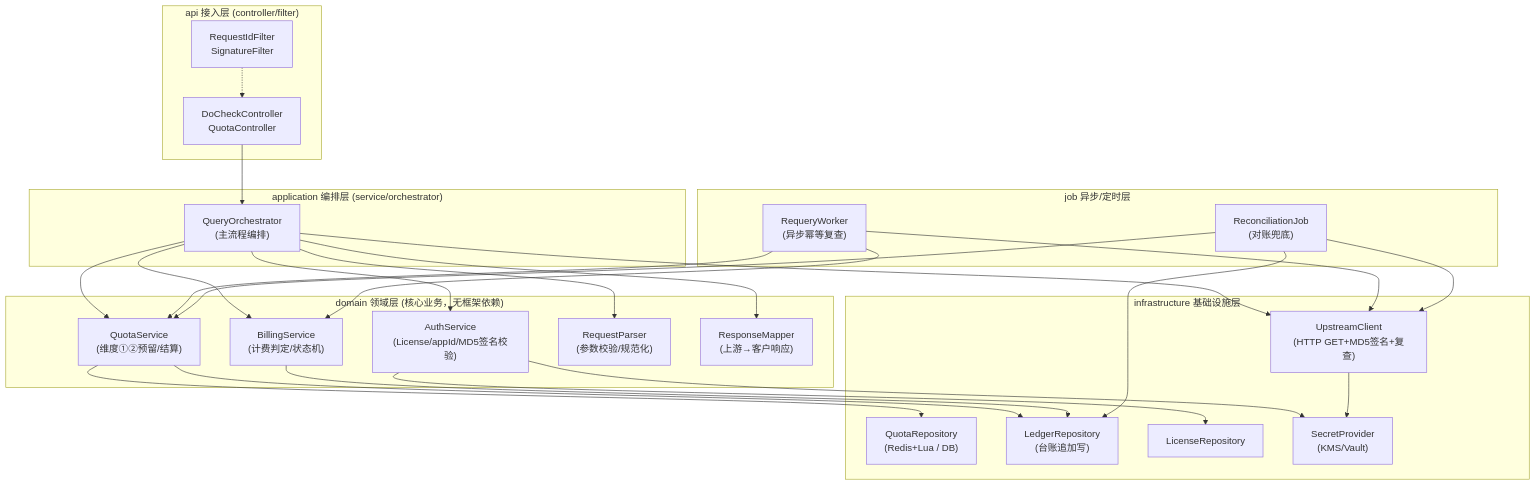
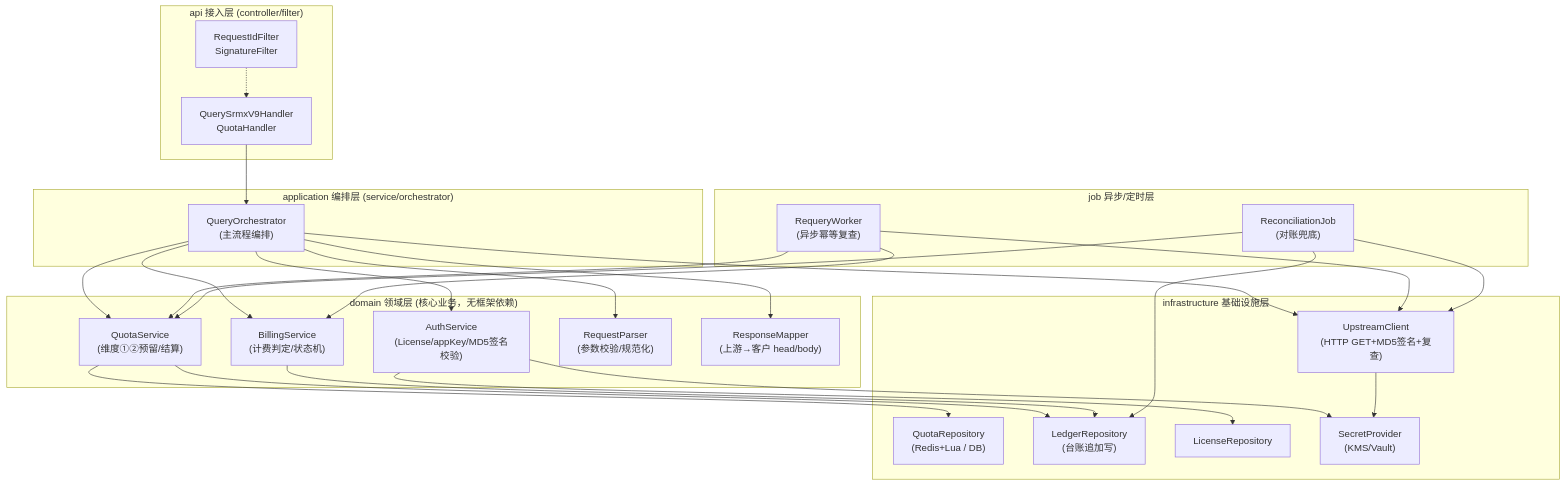
The first of 8 diagrams in docs/ARCHITECTURE.md (YunChen1227/DataHub), drawn with Mermaid before and after one commit. The commit also changed other lines of this file and 38 other files, not shown here.

````diff
--- a/docs/ARCHITECTURE.md
+++ b/docs/ARCHITECTURE.md
@@ -24,55 +26,55 @@
 ```mermaid
 flowchart TB
     subgraph api["api 接入层 (controller/filter)"]
-        Ctl["DoCheckController\nQuotaController"]
+        Ctl["QuerySrmxV9Handler\nQuotaHandler"]
         Filter["RequestIdFilter\nSignatureFilter"]
     end
 
     subgraph app["application 编排层 (service/orchestrator)"]
         Orch["QueryOrchestrator\n(主流程编排)"]
     end
 
     subgraph domain["domain 领域层 (核心业务，无框架依赖)"]
-        AuthSvc["AuthService\n(License/appId/MD5签名校验)"]
+        AuthSvc["AuthService\n(License/appKey/MD5签名校验)"]
         QuotaSvc["QuotaService\n(维度①②预留/结算)"]
         BillSvc["BillingService\n(计费判定/状态机)"]
         Parser["RequestParser\n(参数校验/规范化)"]
-        Mapper["ResponseMapper\n(上游→客户响应)"]
+        Mapper["ResponseMapper\n(上游→客户 head/body)"]
     end
 
     subgraph infra["infrastructure 基础设施层"]
         UpClient["UpstreamClient\n(HTTP GET+MD5签名+复查)"]
         QuotaRepo["QuotaRepository\n(Redis+Lua / DB)"]
         LedgerRepo["LedgerRepository\n(台账追加写)"]
         LicenseRepo["LicenseRepository"]
         Secrets["SecretProvider\n(KMS/Vault)"]
     end
 
     subgraph job["job 异步/定时层"]
         RequeryWorker["RequeryWorker\n(异步幂等复查)"]
         ReconJob["ReconciliationJob\n(对账兜底)"]
     end
 
     Ctl --> Orch
     Filter -.-> Ctl
     Orch --> AuthSvc
     Orch --> QuotaSvc
     Orch --> Parser
     Orch --> UpClient
     Orch --> BillSvc
     Orch --> Mapper
 
     AuthSvc --> LicenseRepo
     AuthSvc --> Secrets
     QuotaSvc --> QuotaRepo
     QuotaSvc --> LedgerRepo
     BillSvc --> LedgerRepo
     UpClient --> Secrets
 
     RequeryWorker --> UpClient
     RequeryWorker --> BillSvc
     RequeryWorker --> QuotaSvc
     ReconJob --> UpClient
     ReconJob --> LedgerRepo
     ReconJob --> QuotaSvc
 ```
````
